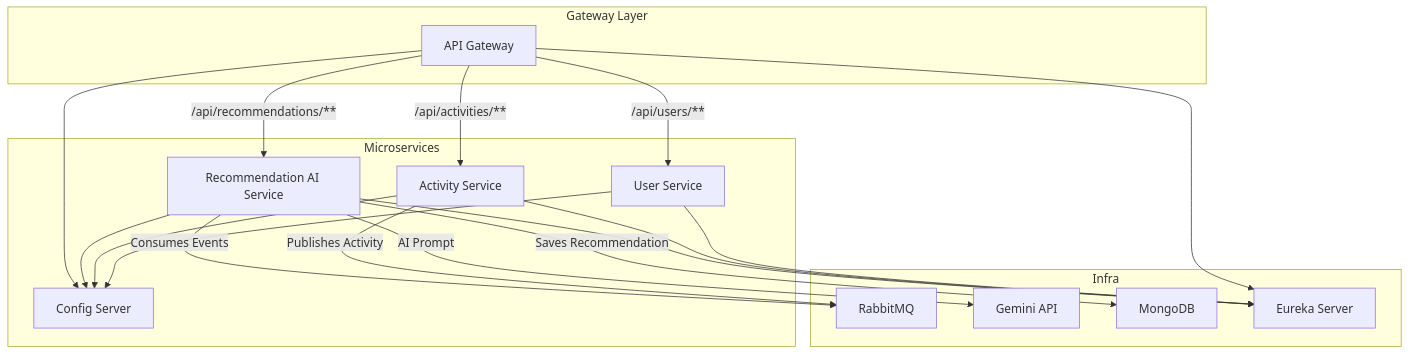
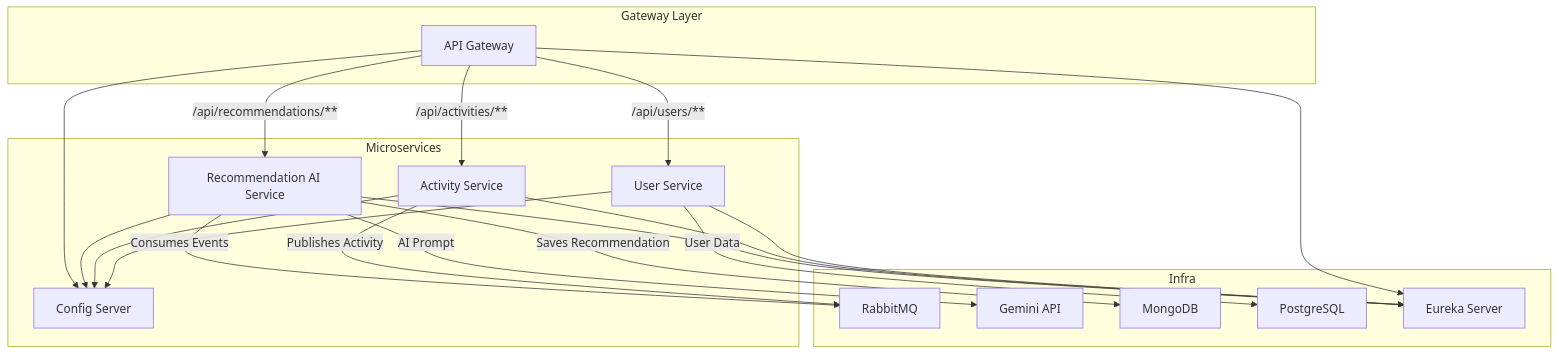
One commit to PritiAryal/Smart-Fitness-Companion changed the second of 2 diagrams in README.md. Above: the diagram before and after it, drawn with Mermaid. The commit also changed other lines of this file and 4 other files, not shown here.

````diff
--- a/README.md
+++ b/README.md
@@ -885,39 +842,41 @@
 ```mermaid
 graph TD
   subgraph Gateway Layer
     AG[API Gateway]
   end
 
   subgraph Microservices
     US[User Service]
     AS[Activity Service]
     RS[Recommendation AI Service]
     CFG[Config Server]
   end
 
   subgraph Infra
     RMQ[RabbitMQ]
     GEM[Gemini API]
     MONGO[MongoDB]
+    POSTGRESQL[PostgreSQL]
     EUREKA[Eureka Server]
   end
 
   AG -->|/api/users/**| US
   AG -->|/api/activities/**| AS
   AG -->|/api/recommendations/**| RS
 
   US --> CFG
   AS --> CFG
   RS --> CFG
   AG --> CFG
 
   US --> EUREKA
   AS --> EUREKA
   RS --> EUREKA
   AG --> EUREKA
 
   AS -->|Publishes Activity| RMQ
   RS -->|Consumes Events| RMQ
   RS -->|AI Prompt| GEM
   RS -->|Saves Recommendation| MONGO
+  US -->|User Data| POSTGRESQL
 ```
````
